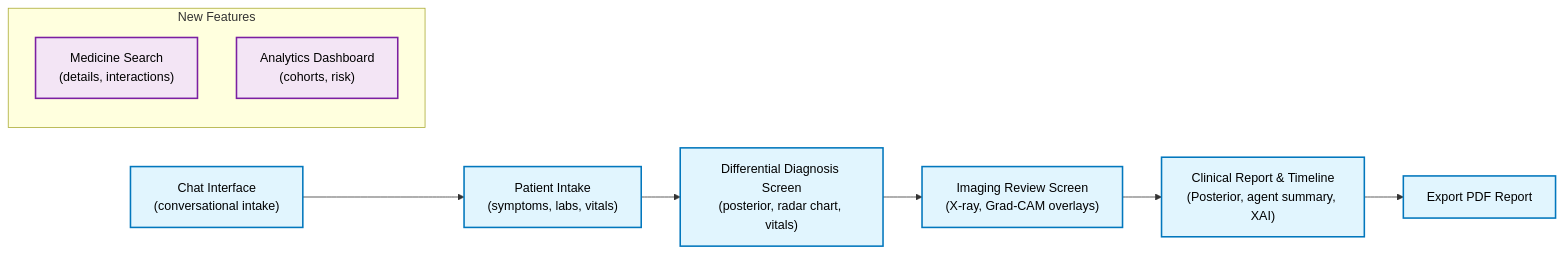
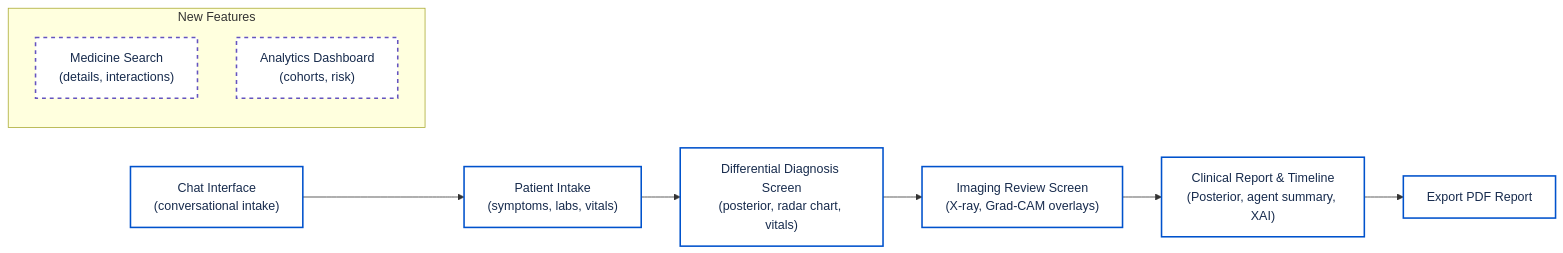
The second of 4 diagrams in README.md (anaslari23/Multi-Modal-Health-AI-Agent-Guide), drawn with Mermaid before and after one commit. The commit also changed other lines of this file, not shown here.

Commit message:
docs: Add badges, table of contents, quick start guide, and tech stack, while updating diagram themes in README.

````diff
--- a/README.md
+++ b/README.md
@@ -70,18 +121,18 @@
 ```mermaid
 flowchart LR
-    %% Define Styles
+    %% Define Styles - Corporate Theme
     classDef default fill:#fff,stroke:#333,stroke-width:1px;
-    classDef newFeature fill:#F3E5F5,stroke:#7B1FA2,stroke-width:2px,color:#000;
-    classDef core fill:#E1F5FE,stroke:#0277BD,stroke-width:2px,color:#000;
+    classDef newFeature fill:#ffffff,stroke:#6554c0,stroke-width:2px,stroke-dasharray: 5 5,color:#172b4d;
+    classDef core fill:#ffffff,stroke:#0052cc,stroke-width:2px,color:#172b4d;
 
     Chat["Chat Interface\n(conversational intake)"]:::core --> Intake["Patient Intake\n(symptoms, labs, vitals)"]:::core
     Intake --> DDX["Differential Diagnosis Screen\n(posterior, radar chart, vitals)"]:::core
     DDX --> Imaging["Imaging Review Screen\n(X-ray, Grad-CAM overlays)"]:::core
     Imaging --> Report["Clinical Report & Timeline\n(Posterior, agent summary, XAI)"]:::core
     Report --> Export["Export PDF Report"]:::core
     
     subgraph New Features
         Search["Medicine Search\n(details, interactions)"]:::newFeature
         Analytics["Analytics Dashboard\n(cohorts, risk)"]:::newFeature
     end
 ```
````
